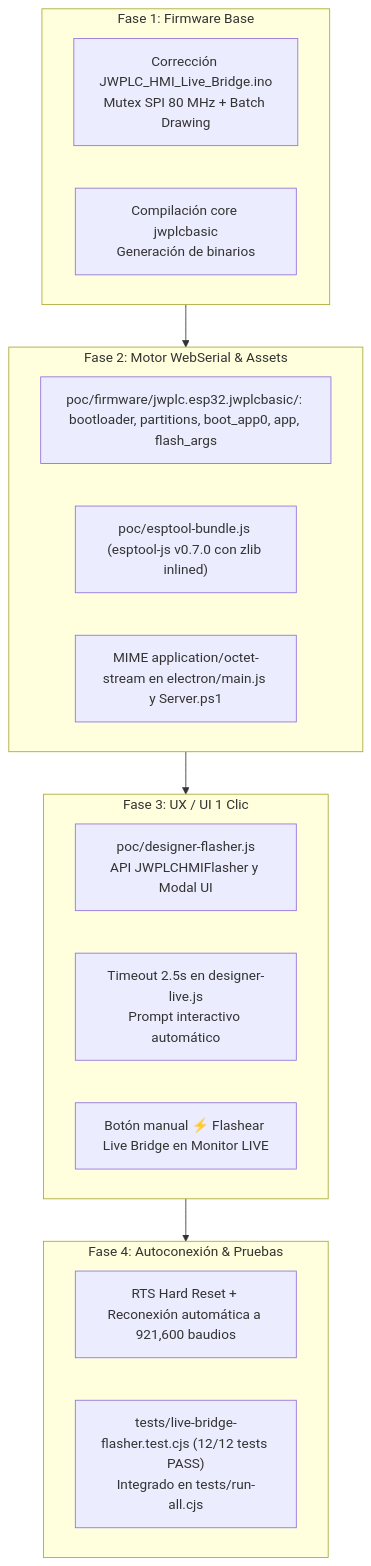
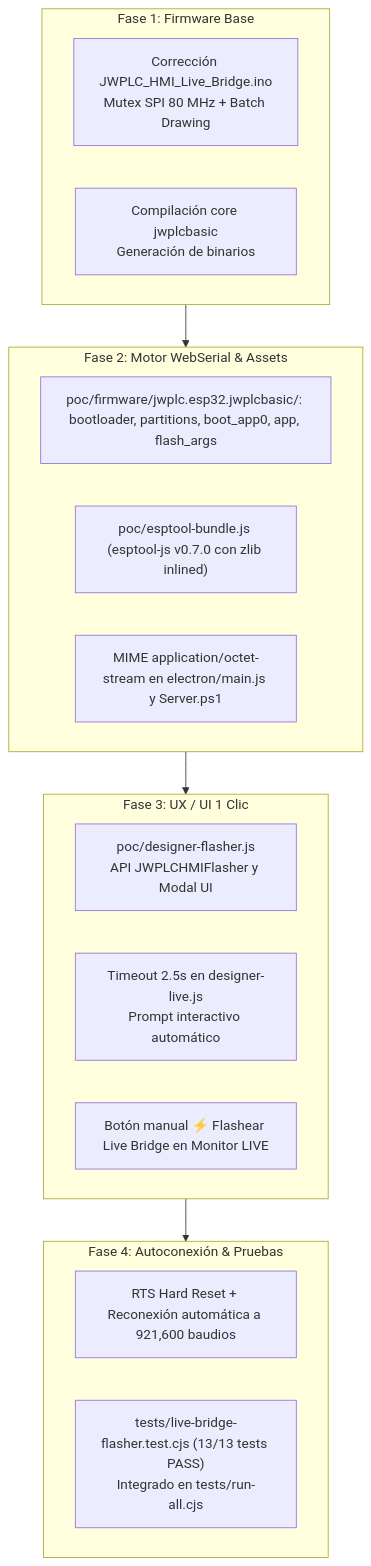
Before and after one commit to JW-Control/platform-jwplc: the diagram in tools/jwplc-hmi-designer/INFORME_CAMBIOS_FLASHER.md, drawn with Mermaid. The commit also changed other lines of this file and 10 other files, not shown here.

First line of the commit message:
fix(hmi-designer): el Live Bridge arranca tras flashear y selector de puertos propio

````diff
--- a/tools/jwplc-hmi-designer/INFORME_CAMBIOS_FLASHER.md
+++ b/tools/jwplc-hmi-designer/INFORME_CAMBIOS_FLASHER.md
@@ -36,26 +43,26 @@
 ```mermaid
 flowchart TD
     subgraph Fase1["Fase 1: Firmware Base"]
         FW["Corrección JWPLC_HMI_Live_Bridge.ino<br/>Mutex SPI 80 MHz + Batch Drawing"]
         BIN["Compilación core jwplcbasic<br/>Generación de binarios"]
     end
 
     subgraph Fase2["Fase 2: Motor WebSerial & Assets"]
         ASSETS["poc/firmware/jwplc.esp32.jwplcbasic/: bootloader, partitions, boot_app0, app, flash_args"]
         ESPTOOL["poc/esptool-bundle.js (esptool-js v0.7.0 con zlib inlined)"]
         SERVER["MIME application/octet-stream en electron/main.js y Server.ps1"]
     end
 
     subgraph Fase3["Fase 3: UX / UI 1 Clic"]
         FLASHER_JS["poc/designer-flasher.js<br/>API JWPLCHMIFlasher y Modal UI"]
         DETECT["Timeout 2.5s en designer-live.js<br/>Prompt interactivo automático"]
         DIAG_BTN["Botón manual ⚡ Flashear Live Bridge en Monitor LIVE"]
     end
 
     subgraph Fase4["Fase 4: Autoconexión & Pruebas"]
         RESET["RTS Hard Reset + Reconexión automática a 921,600 baudios"]
-        TESTS["tests/live-bridge-flasher.test.cjs (12/12 tests PASS)<br/>Integrado en tests/run-all.cjs"]
+        TESTS["tests/live-bridge-flasher.test.cjs (13/13 tests PASS)<br/>Integrado en tests/run-all.cjs"]
     end
 
     Fase1 --> Fase2 --> Fase3 --> Fase4
 ```
````
